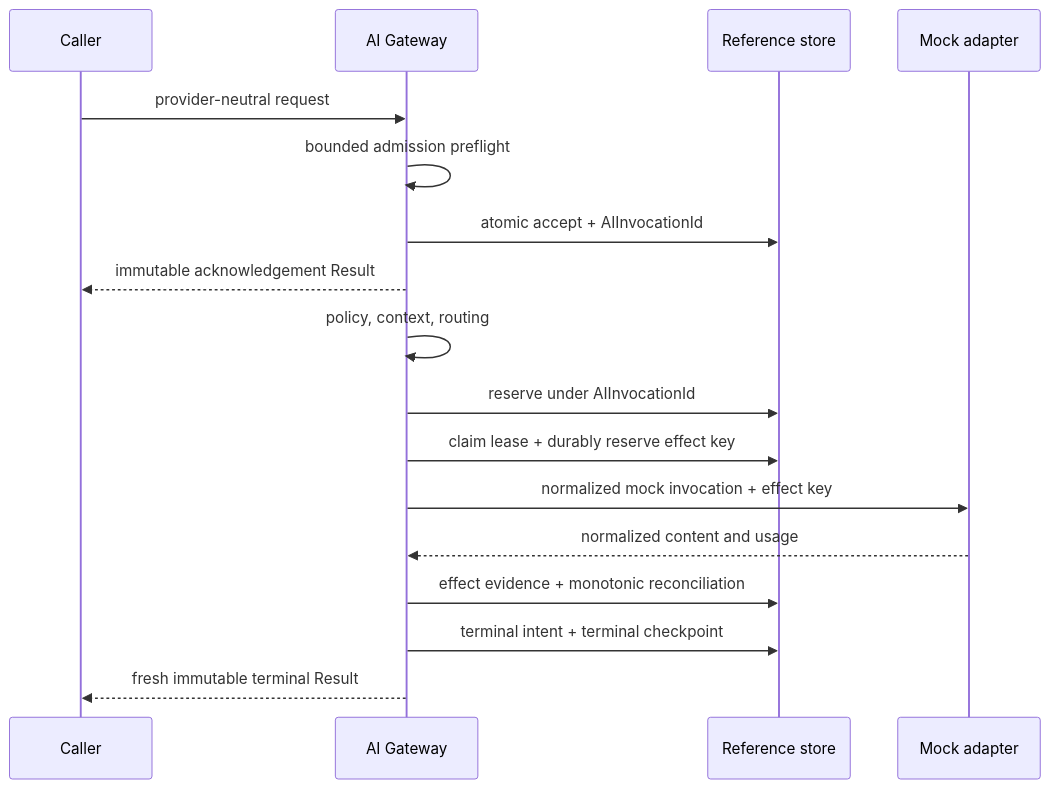
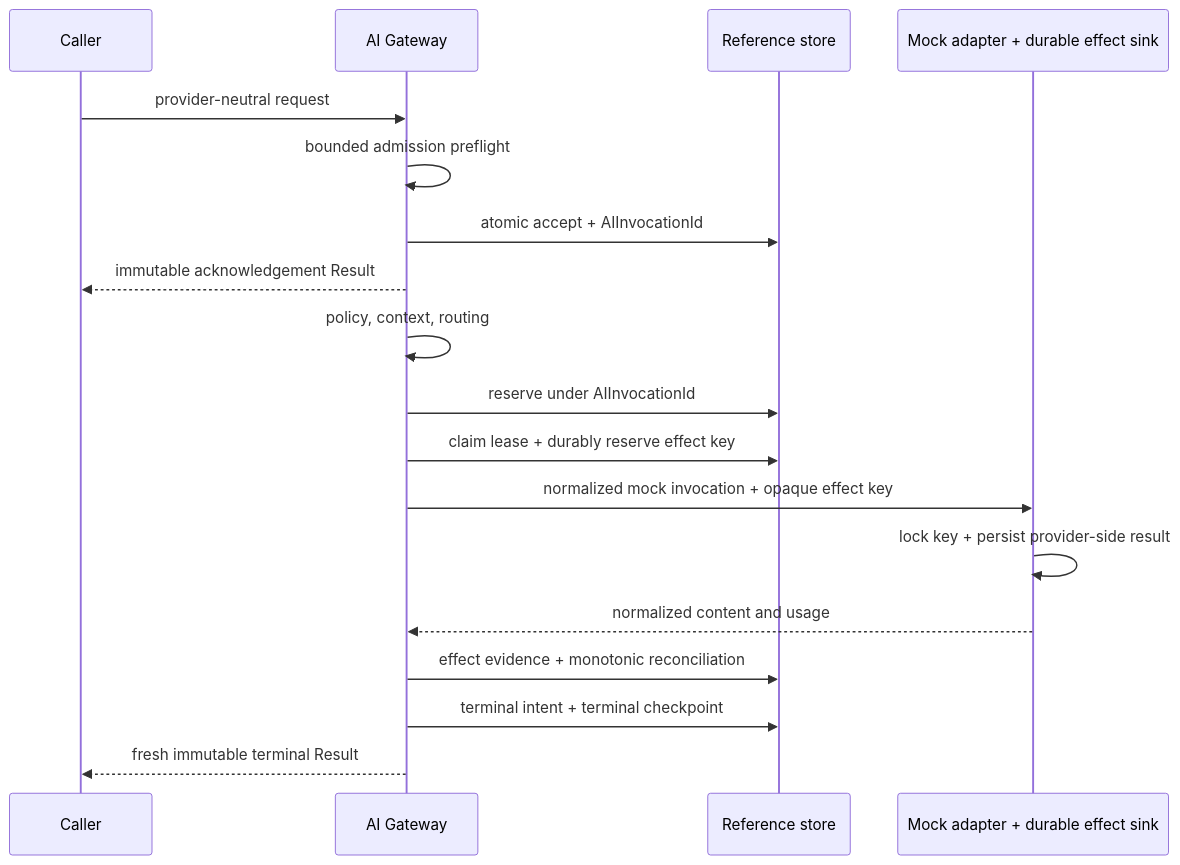
One commit to mayurbhavsar04/AIEOS changed the second of 2 diagrams in docs/runtime-architecture/AI-Gateway-Reference-Implementation.md. Above: the diagram before and after it, drawn with Mermaid. The commit also changed other lines of this file and 9 other files, not shown here.

````diff
--- a/docs/runtime-architecture/AI-Gateway-Reference-Implementation.md
+++ b/docs/runtime-architecture/AI-Gateway-Reference-Implementation.md
@@ -46,19 +46,20 @@
 ```mermaid
 sequenceDiagram
     participant C as Caller
     participant G as AI Gateway
     participant S as Reference store
-    participant A as Mock adapter
+    participant A as Mock adapter + durable effect sink
     C->>G: provider-neutral request
     G->>G: bounded admission preflight
     G->>S: atomic accept + AIInvocationId
     G-->>C: immutable acknowledgement Result
     G->>G: policy, context, routing
     G->>S: reserve under AIInvocationId
     G->>S: claim lease + durably reserve effect key
-    G->>A: normalized mock invocation + effect key
+    G->>A: normalized mock invocation + opaque effect key
+    A->>A: lock key + persist provider-side result
     A-->>G: normalized content and usage
     G->>S: effect evidence + monotonic reconciliation
     G->>S: terminal intent + terminal checkpoint
     G-->>C: fresh immutable terminal Result
 ```
````
